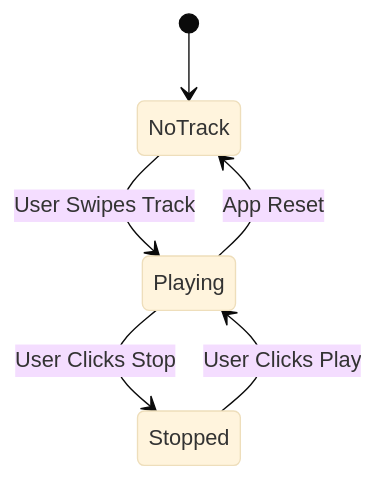
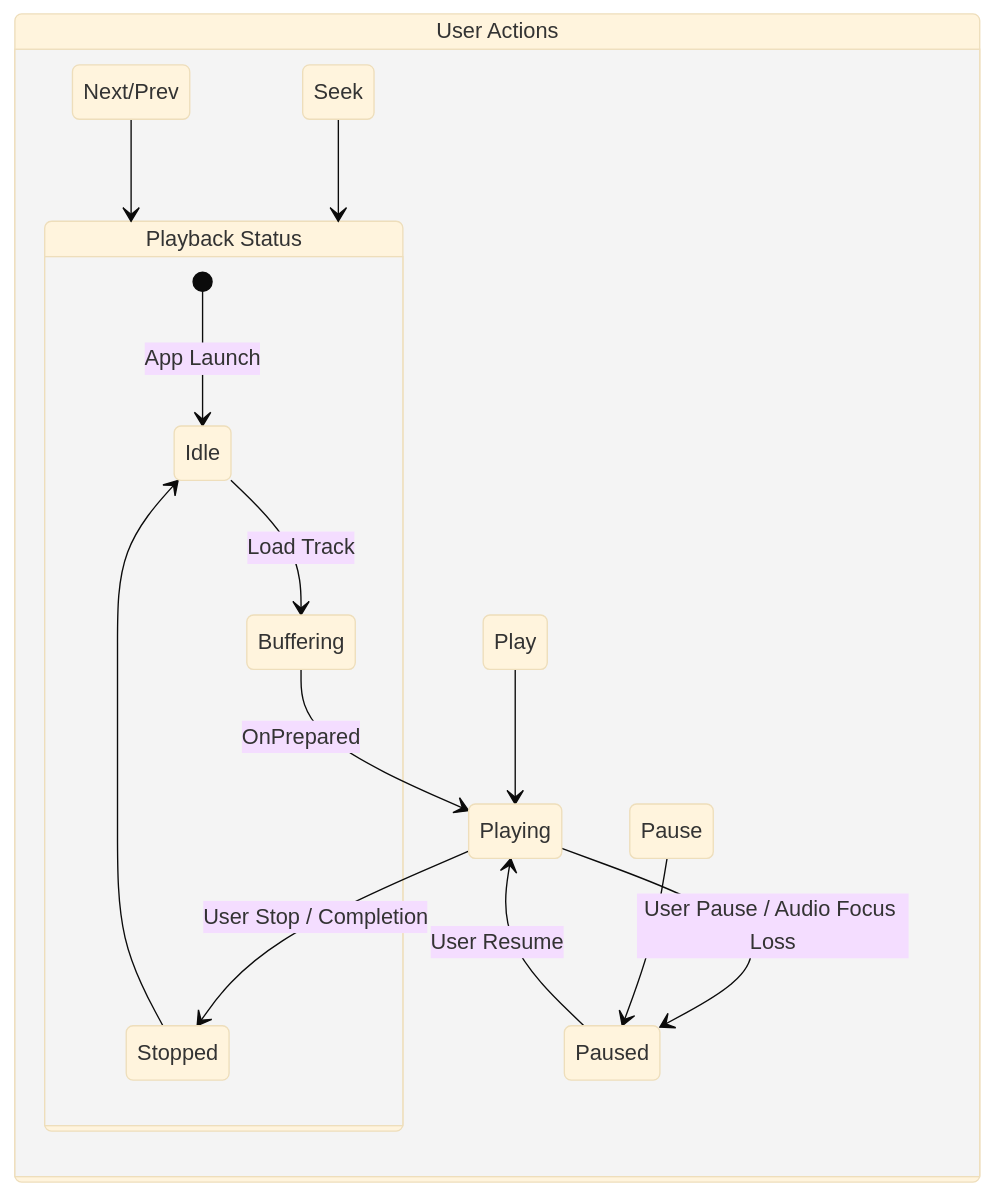
One commit to photom/SheepPlayer changed the second of 2 diagrams in docs/ui-feature-specification.md. Above: the diagram before and after it, drawn with Mermaid (base theme). The commit also changed other lines of this file and 6 other files, not shown here.

````diff
--- a/docs/ui-feature-specification.md
+++ b/docs/ui-feature-specification.md
@@ -39,8 +40,19 @@
 ```mermaid
 stateDiagram-v2
-    [*] --> NoTrack
-    NoTrack --> Playing : User Swipes Track
-    Playing --> Stopped : User Clicks Stop
-    Stopped --> Playing : User Clicks Play
-    Playing --> NoTrack : App Reset
+    state "Playback Status" as Status {
+        [*] --> Idle : App Launch
+        Idle --> Buffering : Load Track
+        Buffering --> Playing : OnPrepared
+        Playing --> Paused : User Pause / Audio Focus Loss
+        Paused --> Playing : User Resume
+        Playing --> Stopped : User Stop / Completion
+        Stopped --> Idle
+    }
+
+    state "User Actions" as Actions {
+        Play --> Playing
+        Pause --> Paused
+        Seek --> Status
+        Next/Prev --> Status
+    }
 ```
````
